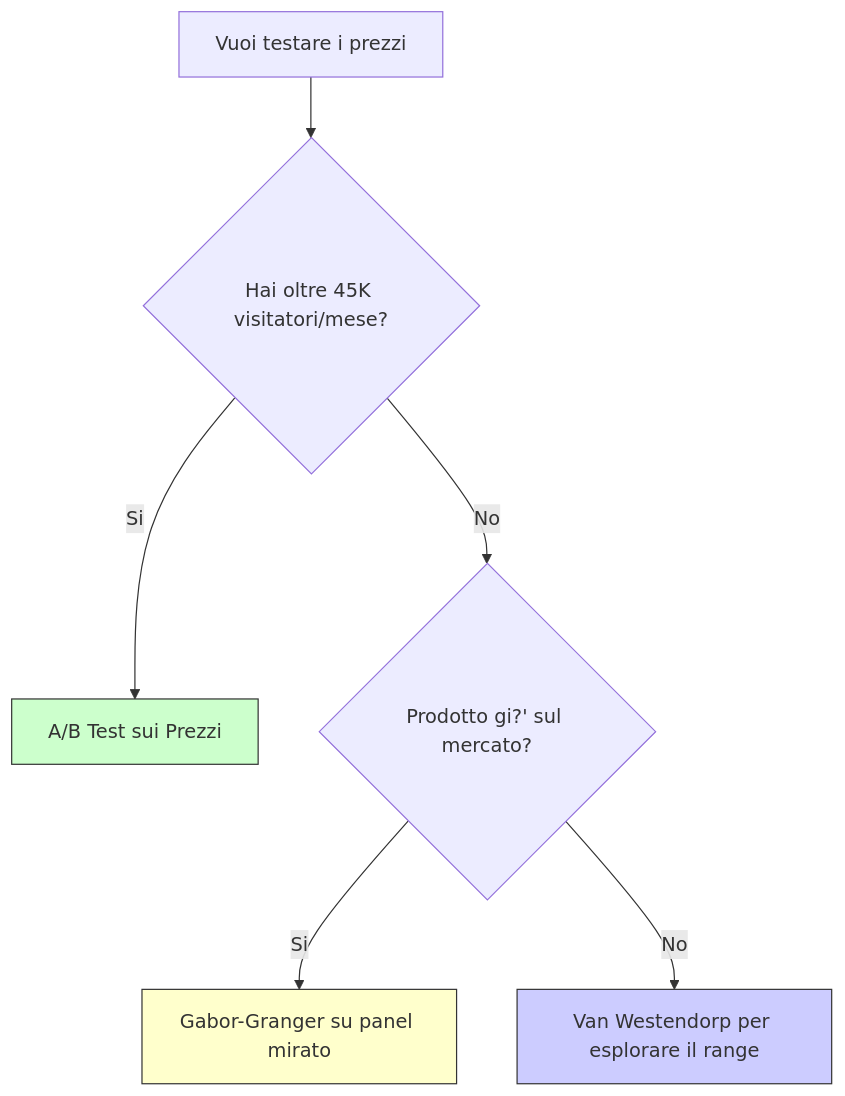
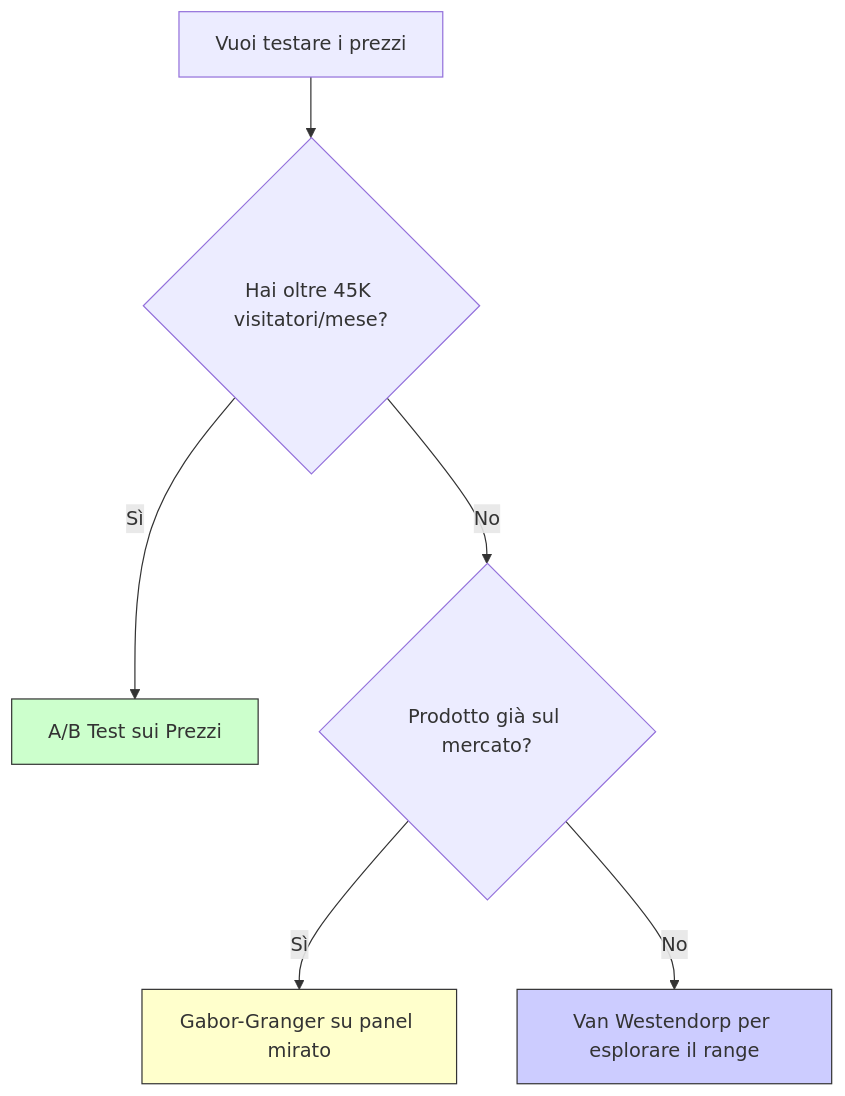
Before and after one commit to AndreyBertasini/gynnitech: the diagram in src/content/blog/pricing-matematico.mdx, drawn with Mermaid. The commit also changed other lines of this file and 1491 other files, not shown here.

````diff
--- a/src/content/blog/pricing-matematico.mdx
+++ b/src/content/blog/pricing-matematico.mdx
@@ -240,12 +135,12 @@
 ```mermaid
 graph TD
-    A["Vuoi testare i prezzi"] --> B{"Hai oltre 45K visitatori/mese?"}
-    B -- Si --> C["A/B Test sui Prezzi"]
-    B -- No --> D{"Prodotto gi?' sul mercato?"}
-    D -- Si --> E["Gabor-Granger su panel mirato"]
-    D -- No --> F["Van Westendorp per esplorare il range"]
+    A[Vuoi testare i prezzi] --> B{"Hai oltre 45K visitatori/mese?"}
+    B -- Sì --> C[A/B Test sui Prezzi]
+    B -- No --> D{"Prodotto già sul mercato?"}
+    D -- Sì --> E[Gabor-Granger su panel mirato]
+    D -- No --> F[Van Westendorp per esplorare il range]
 
     style C fill:#ccffcc,stroke:#333
     style E fill:#ffffcc,stroke:#333
     style F fill:#ccccff,stroke:#333
 ```
````
